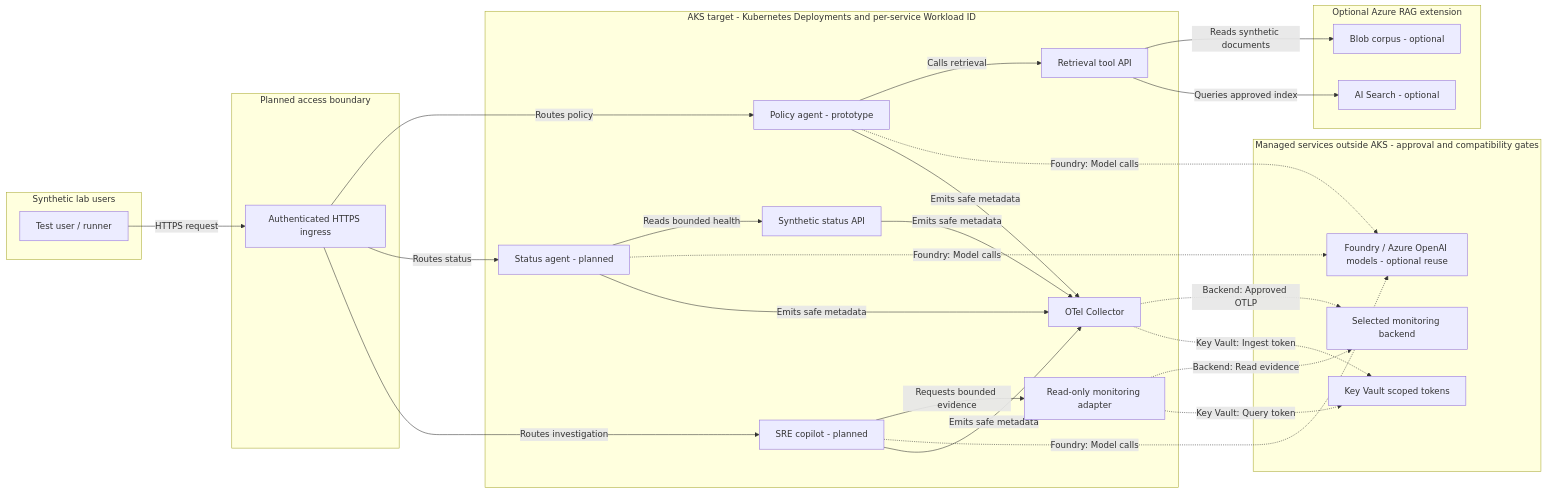
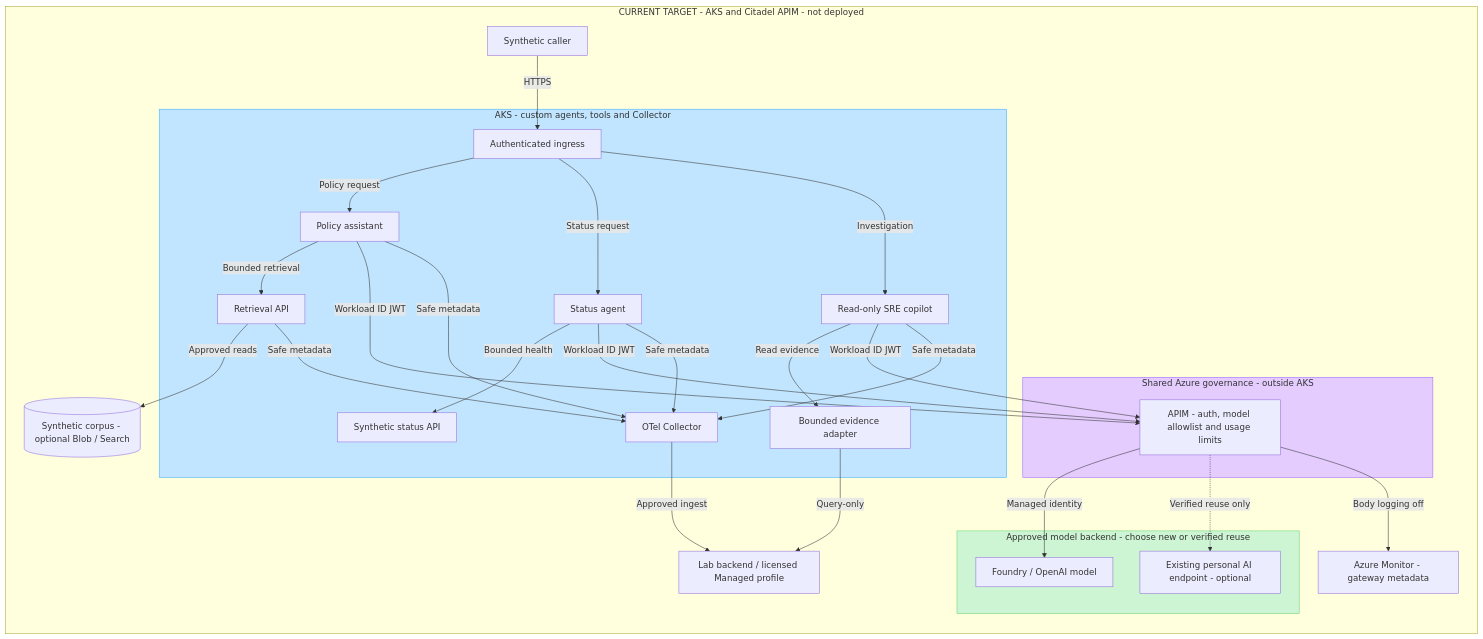
One commit to AI-SRE-Oberveability/ai-observability-lab changed the diagram in docs/architecture/runtime.mmd. Above: the diagram before and after it, drawn with Mermaid. The commit also changed 42 other files, not shown here.

Commit message:
Add Citadel APIM governance architecture and official Azure icon diagram

```diff
--- a/docs/architecture/runtime.mmd
+++ b/docs/architecture/runtime.mmd
@@ -1,45 +1,47 @@
 flowchart LR
-  subgraph client ["Synthetic lab users"]
-    labUser["Test user / runner"]
+  subgraph target ["CURRENT TARGET - AKS and Citadel APIM - not deployed"]
+    caller["Synthetic caller"]
+    subgraph aks ["AKS - custom agents, tools and Collector"]
+      ingress["Authenticated ingress"]
+      policyAgent["Policy assistant"]
+      statusAgent["Status agent"]
+      sreCopilot["Read-only SRE copilot"]
+      retrievalApi["Retrieval API"]
+      statusApi["Synthetic status API"]
+      evidenceApi["Bounded evidence adapter"]
+      collector["OTel Collector"]
+    end
+    subgraph governance ["Shared Azure governance - outside AKS"]
+      apim["APIM - auth, model allowlist and usage limits"]
+    end
+    subgraph models ["Approved model backend - choose new or verified reuse"]
+      newModel["Foundry / OpenAI model"]
+      existingModel["Existing personal AI endpoint - optional"]
+    end
+    corpus[("Synthetic corpus - optional Blob / Search")]
+    backend["Lab backend / licensed Managed profile"]
+    azureMonitor["Azure Monitor - gateway metadata"]
+    caller -->|"HTTPS"| ingress
+    ingress -->|"Policy request"| policyAgent
+    ingress -->|"Status request"| statusAgent
+    ingress -->|"Investigation"| sreCopilot
+    policyAgent -->|"Bounded retrieval"| retrievalApi
+    retrievalApi -->|"Approved reads"| corpus
+    statusAgent -->|"Bounded health"| statusApi
+    sreCopilot -->|"Read evidence"| evidenceApi
+    evidenceApi -->|"Query-only"| backend
+    policyAgent -->|"Workload ID JWT"| apim
+    statusAgent -->|"Workload ID JWT"| apim
+    sreCopilot -->|"Workload ID JWT"| apim
+    apim -->|"Managed identity"| newModel
+    apim -.->|"Verified reuse only"| existingModel
+    policyAgent -->|"Safe metadata"| collector
+    statusAgent -->|"Safe metadata"| collector
+    sreCopilot -->|"Safe metadata"| collector
+    retrievalApi -->|"Safe metadata"| collector
+    collector -->|"Approved ingest"| backend
+    apim -->|"Body logging off"| azureMonitor
   end
-  subgraph gateway ["Planned access boundary"]
-    ingress["Authenticated HTTPS ingress"]
-  end
-  subgraph service ["AKS target - Kubernetes Deployments and per-service Workload ID"]
-    policyAgent["Policy agent - prototype"]
-    statusAgent["Status agent - planned"]
-    sreCopilot["SRE copilot - planned"]
-    retrievalApi["Retrieval tool API"]
-    demoApi["Synthetic status API"]
-    evidenceApi["Read-only monitoring adapter"]
-    collector["OTel Collector"]
-  end
-  subgraph datastore ["Optional Azure RAG extension"]
-    corpus["Blob corpus - optional"]
-    searchIndex["AI Search - optional"]
-  end
-  subgraph external ["Managed services outside AKS - approval and compatibility gates"]
-    modelApi["Foundry / Azure OpenAI models - optional reuse"]
-    telemetryBackend["Selected monitoring backend"]
-    keyVault["Key Vault scoped tokens"]
-  end
-  labUser -->|"HTTPS request"| ingress
-  ingress -->|"Routes policy"| policyAgent
-  ingress -->|"Routes status"| statusAgent
-  ingress -->|"Routes investigation"| sreCopilot
-  policyAgent -->|"Calls retrieval"| retrievalApi
-  retrievalApi -->|"Reads synthetic documents"| corpus
-  retrievalApi -->|"Queries approved index"| searchIndex
-  statusAgent -->|"Reads bounded health"| demoApi
-  sreCopilot -->|"Requests bounded evidence"| evidenceApi
-  policyAgent -.->|"Foundry: Model calls"| modelApi
-  statusAgent -.->|"Foundry: Model calls"| modelApi
-  sreCopilot -.->|"Foundry: Model calls"| modelApi
-  evidenceApi -.->|"Backend: Read evidence"| telemetryBackend
-  policyAgent -->|"Emits safe metadata"| collector
-  statusAgent -->|"Emits safe metadata"| collector
-  sreCopilot -->|"Emits safe metadata"| collector
-  demoApi -->|"Emits safe metadata"| collector
-  collector -.->|"Backend: Approved OTLP"| telemetryBackend
-  collector -.->|"Key Vault: Ingest token"| keyVault
-  evidenceApi -.->|"Key Vault: Query token"| keyVault
+  style aks fill:#C2E5FF,stroke:#3DADFF
+  style governance fill:#E4CCFF,stroke:#A166FF
+  style models fill:#CDF4D3,stroke:#66D575
```
